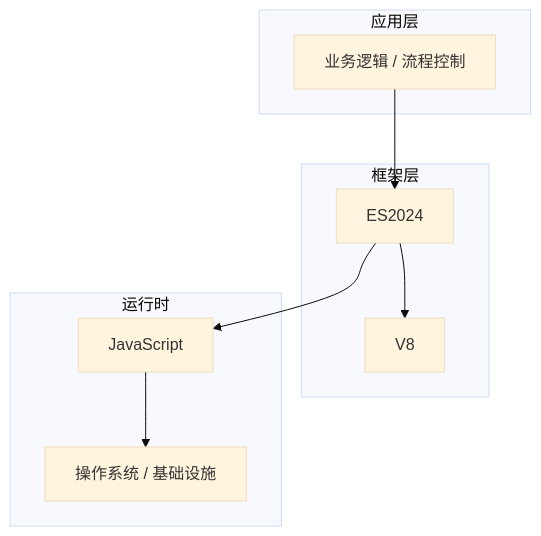
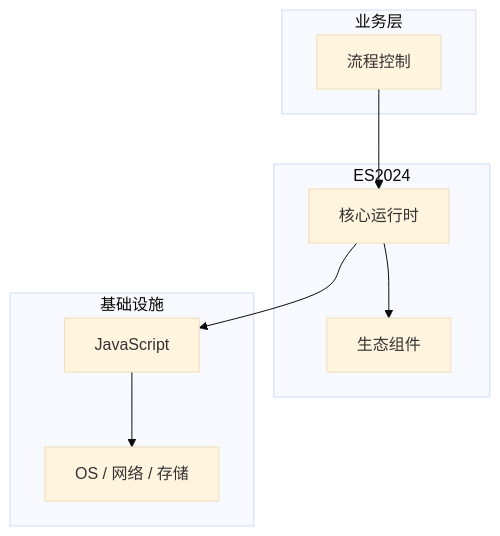
The diagram in articles/JavaScript核心/chapters/037-流程控制核心概念与原理.md (yanggan2015/knowledge-json-v2), drawn with Mermaid (base theme) before and after one commit. The commit also changed other lines of this file and 10127 other files, not shown here.

````diff
--- a/articles/JavaScript核心/chapters/037-流程控制核心概念与原理.md
+++ b/articles/JavaScript核心/chapters/037-流程控制核心概念与原理.md
@@ -45,18 +34,18 @@
 ```mermaid
 graph TB
-    subgraph 应用层
-        A[业务逻辑 / 流程控制]
+    subgraph 业务层
+        A[流程控制]
     end
-    subgraph 框架层
-        B[ES2024]
-        C[V8]
+    subgraph ES2024
+        B[核心运行时]
+        C[生态组件]
     end
-    subgraph 运行时
+    subgraph 基础设施
         D[JavaScript]
-        E[操作系统 / 基础设施]
+        E[OS / 网络 / 存储]
     end
     A --> B
     B --> C
     B --> D
     D --> E
 ```
````
